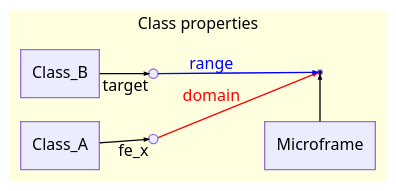
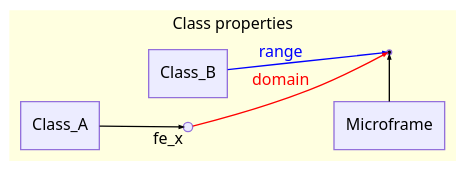
Before and after one commit to FrameNetBrasil/webtool4: the third of 3 diagrams in app/UI/views/Documentation/background/microframes.md, drawn with Graphviz. The commit also changed other lines of this file and 25 other files, not shown here.

````diff
--- a/app/UI/views/Documentation/background/microframes.md
+++ b/app/UI/views/Documentation/background/microframes.md
@@ -124,32 +120,30 @@
 ```dot
 digraph G {
     graph [fontname="Noto Sans" fontsize=12];
     node [fontname="Noto Sans" fontsize=12 shape=rectangle style=filled color="#9370DB" fillcolor="#ECECFF"];
     edge [fontname="Noto Sans" fontsize=12];
     layout=dot
     rankdir=LR;
     bgcolor=transparent;
 
     subgraph cluster_0 {
         style=filled;
         color=lightyellow;
         label = "Class properties";
         
         cB [label="Class_B"]
         cA [label="Class_A"]
         mf [label="Microframe"]
         relation [shape=point fillcolor=black]
         feX [shape=circle label="", xlabel="fe_x" width="0.1"]
-        feTarget [shape=circle label="", xlabel="target" width="0.1"]
         
         // Force mf to be on the right side
         {rank=same; relation; mf}
         
         cA -> feX [arrowsize=0.3]
-        cB-> feTarget [arrowsize=0.3]
         feX -> relation  [arrowsize=0.3 label="domain" color="red" fontcolor=red]
-        feTarget -> relation [arrowsize=0.3  label="range"  color="blue" fontcolor=blue]
+        cB -> relation [arrowsize=0.3  label="range"  color="blue" fontcolor=blue]
         mf -> relation [arrowsize=0.3]
     }
 }
 ```
````
